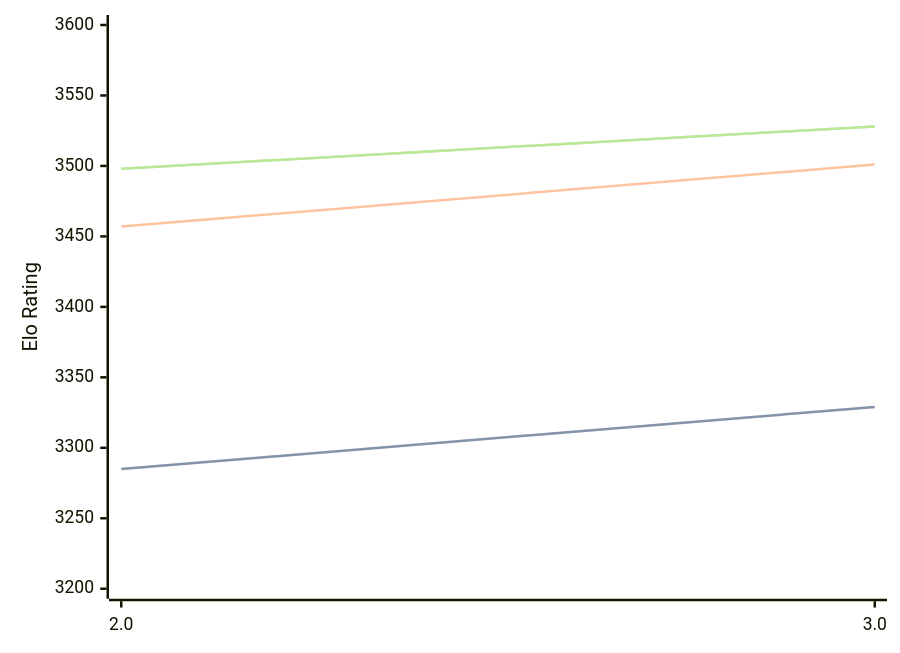
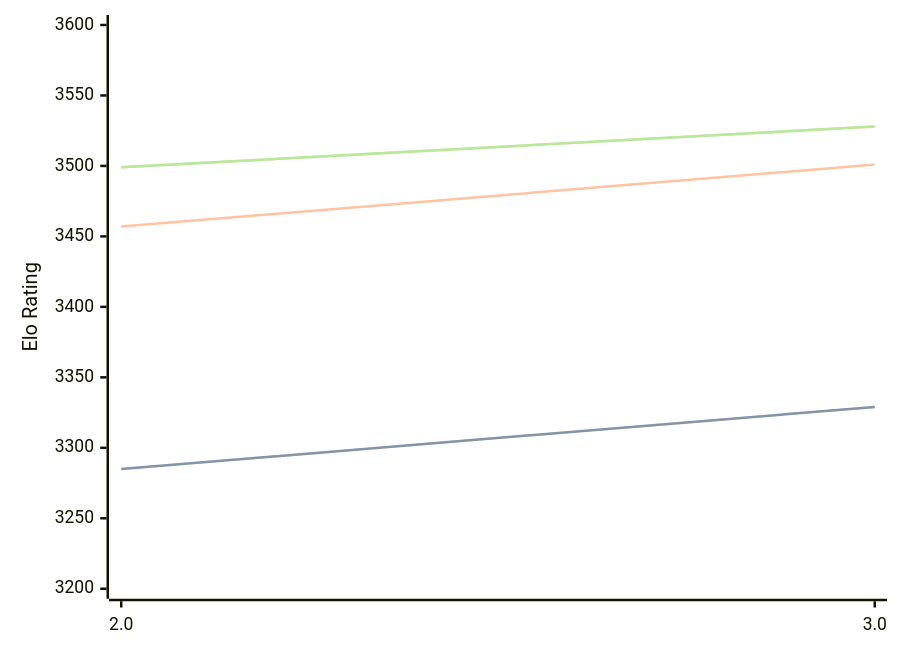
Before and after one commit to computer-chess-index/cci: the diagram in engines/Quanticade.md, drawn with Mermaid. The commit also changed other lines of this file, not shown here.

Commit message:
Update CCI Ratings (ELO VLTC) - 2026-05-22

````diff
--- a/engines/Quanticade.md
+++ b/engines/Quanticade.md
@@ -41,11 +41,11 @@
 ```mermaid
 %%{init: {"theme":"base","themeVariables":{"seriesColors:['#a3a3a3','#222221','#faa371']}}}%%
 xychart-beta
   x-axis ["2.0", "3.0"]
   y-axis "Elo Rating" 3200 --> 3600
   line "STC (8.0+0.08s)" [3285, 3329]
   line "STC (8.0+0.08s)" [3285, 3329]
   line "LTC (60.0+0.60s)" [3457, 3501]
-  line "VLTC (2m24s+1.12s)" [3498, 3528]
-  line "VLTC (2m24s+1.12s)" [3498, 3528]
+  line "VLTC (2m24s+1.12s)" [3499, 3528]
+  line "VLTC (2m24s+1.12s)" [3499, 3528]
 ```
````
